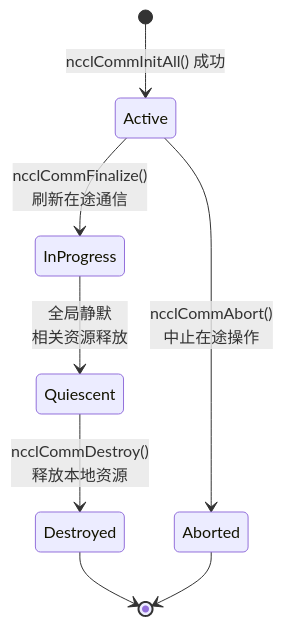
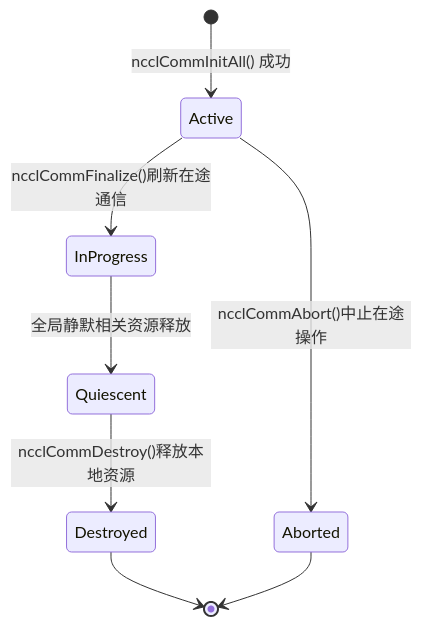
One commit to maleRjc/AiReadCodeBooks changed the second of 2 diagrams in books/nccl/en/01-allreduce-external-behavior.md. Above: the diagram before and after it, drawn with Mermaid. The commit also changed other lines of this file and 80 other files, not shown here.

````diff
--- a/books/nccl/en/01-allreduce-external-behavior.md
+++ b/books/nccl/en/01-allreduce-external-behavior.md
@@ -466,10 +288,10 @@
 ```mermaid
 stateDiagram-v2
     [*] --> Active : ncclCommInitAll() 成功
-    Active --> InProgress : ncclCommFinalize()<br/>刷新在途通信
-    InProgress --> Quiescent : 全局静默<br/>相关资源释放
-    Quiescent --> Destroyed : ncclCommDestroy()<br/>释放本地资源
+    Active --> InProgress : ncclCommFinalize()刷新在途通信
+    InProgress --> Quiescent : 全局静默相关资源释放
+    Quiescent --> Destroyed : ncclCommDestroy()释放本地资源
     Destroyed --> [*]
-    Active --> Aborted : ncclCommAbort()<br/>中止在途操作
+    Active --> Aborted : ncclCommAbort()中止在途操作
     Aborted --> [*]
 ```
````
